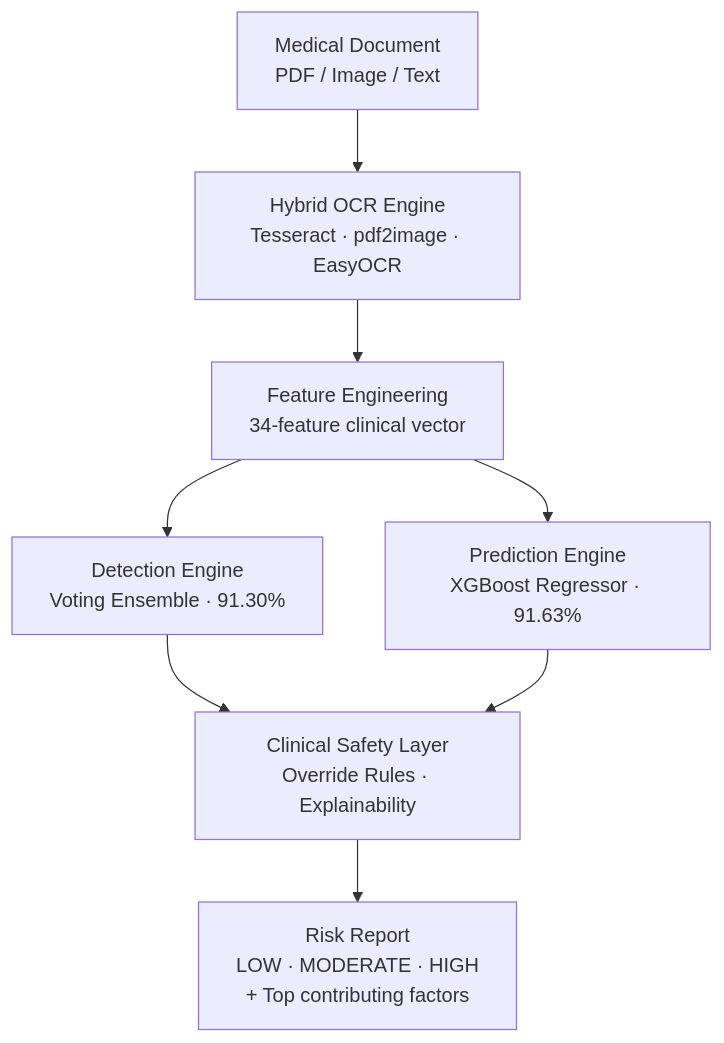
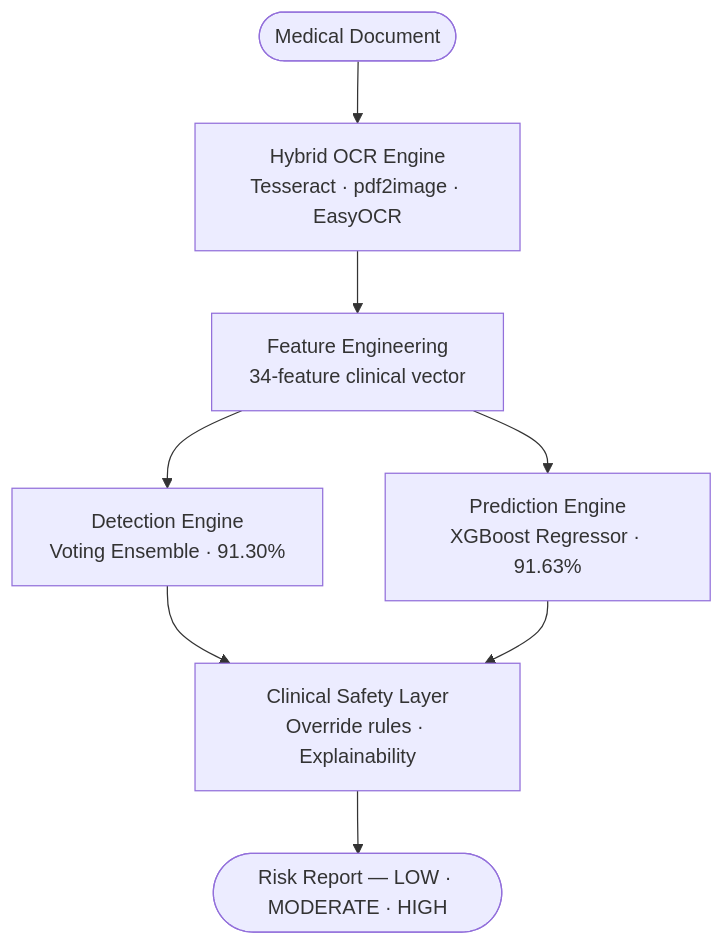
The first of 2 diagrams in README.md (Prajan-v/CardioDetect), drawn with Mermaid before and after one commit. The commit also changed other lines of this file, not shown here.

````diff
--- a/README.md
+++ b/README.md
@@ -36,9 +45,9 @@
 ```mermaid
 graph TB
-    A[Medical Document\nPDF / Image / Text] --> B[Hybrid OCR Engine\nTesseract · pdf2image · EasyOCR]
-    B --> C[Feature Engineering\n34-feature clinical vector]
-    C --> D1[Detection Engine\nVoting Ensemble · 91.30%]
-    C --> D2[Prediction Engine\nXGBoost Regressor · 91.63%]
-    D1 & D2 --> E[Clinical Safety Layer\nOverride Rules · Explainability]
-    E --> F[Risk Report\nLOW · MODERATE · HIGH\n+ Top contributing factors]
+    A([Medical Document]) --> B[Hybrid OCR Engine<br/>Tesseract · pdf2image · EasyOCR]
+    B --> C[Feature Engineering<br/>34-feature clinical vector]
+    C --> D1[Detection Engine<br/>Voting Ensemble · 91.30%]
+    C --> D2[Prediction Engine<br/>XGBoost Regressor · 91.63%]
+    D1 & D2 --> E[Clinical Safety Layer<br/>Override rules · Explainability]
+    E --> F([Risk Report — LOW · MODERATE · HIGH])
 ```
````
